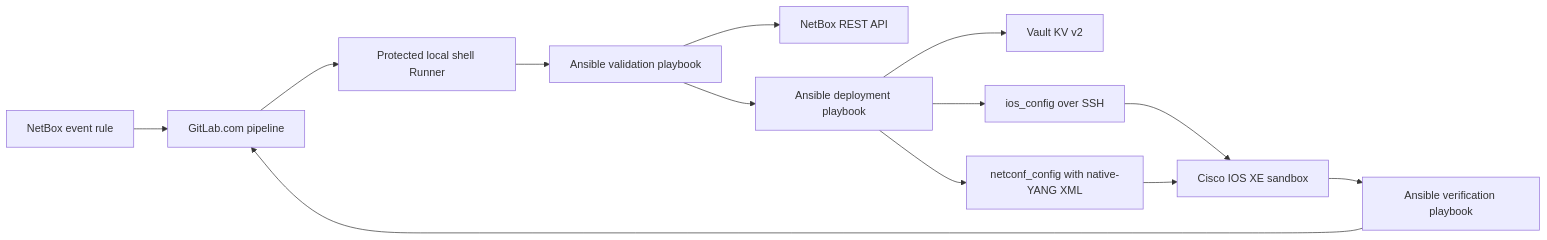
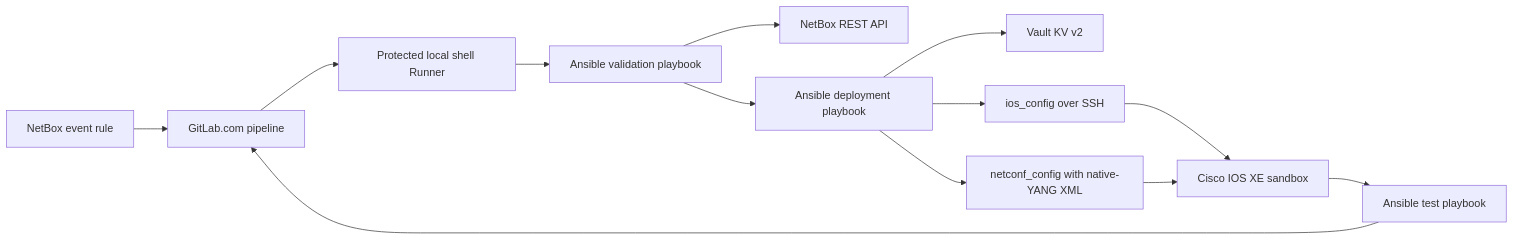
The first of 3 diagrams in LAB/Lab8/Lab8.md (tanthanh85/CCNPAUTO), drawn with Mermaid before and after one commit. The commit also changed other lines of this file and 7 other files, not shown here.

````diff
--- a/LAB/Lab8/Lab8.md
+++ b/LAB/Lab8/Lab8.md
@@ -45,15 +45,15 @@
 ```mermaid
 flowchart LR
     A["NetBox event rule"] --> G["GitLab.com pipeline"]
     G --> R["Protected local shell Runner"]
     R --> V["Ansible validation playbook"]
     V --> N["NetBox REST API"]
     V --> D["Ansible deployment playbook"]
     D --> H["Vault KV v2"]
     D --> C["ios_config over SSH"]
     D --> X["netconf_config with native-YANG XML"]
     C --> I["Cisco IOS XE sandbox"]
     X --> I
-    I --> Q["Ansible verification playbook"]
+    I --> Q["Ansible test playbook"]
     Q --> G
 ```
````
